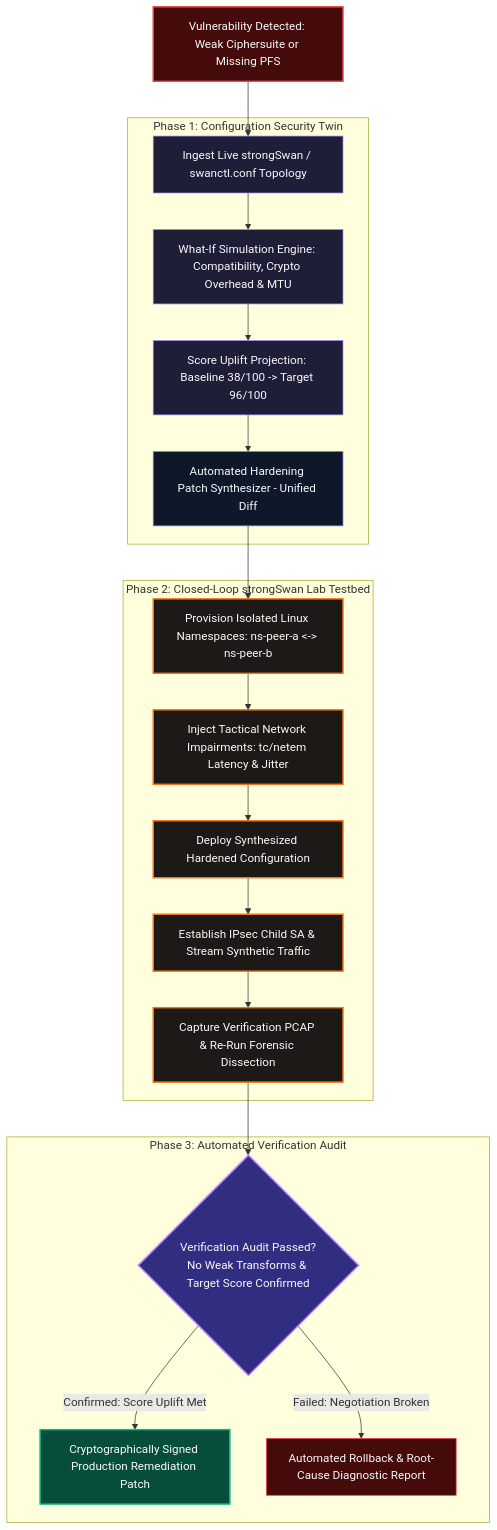
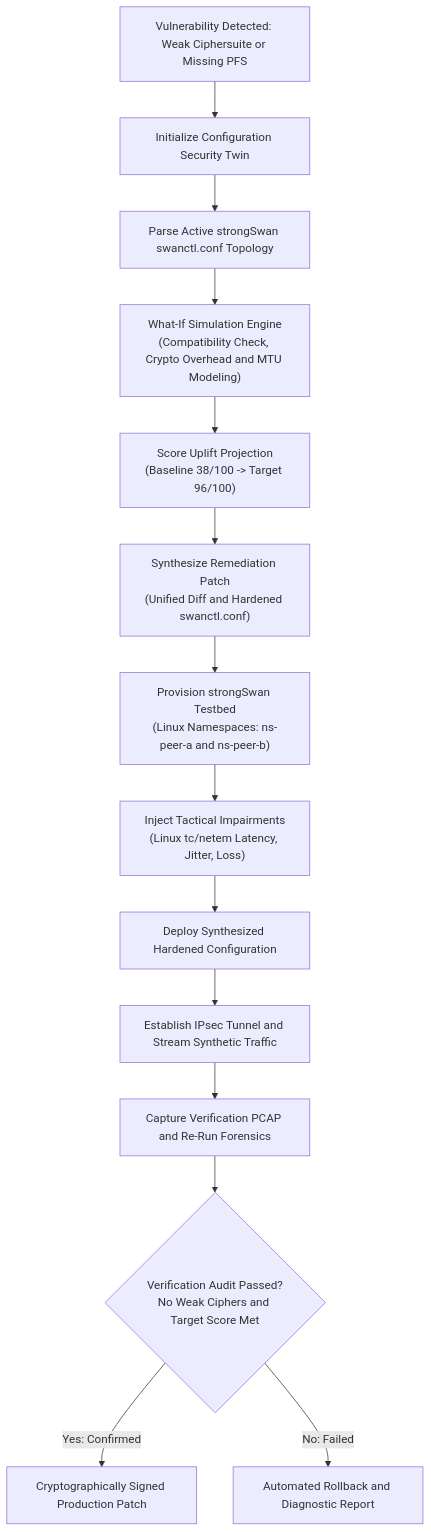
One commit to sharancode3/TunnelTrace-AI changed the fourth of 5 diagrams in README.md. Above: the diagram before and after it, drawn with Mermaid. The commit also changed other lines of this file, not shown here.

Commit message:
docs: standardize all README diagrams to clean uncolored monochrome Mermaid syntax matching system architecture reference

````diff
--- a/README.md
+++ b/README.md
@@ -238,49 +163,19 @@
 ```mermaid
 graph TD
-    classDef finding fill:#450a0a,stroke:#ef4444,stroke-width:2px,color:#f8fafc;
-    classDef twin fill:#1e1e38,stroke:#a78bfa,stroke-width:1px,color:#f8fafc;
-    classDef synth fill:#0f172a,stroke:#818cf8,stroke-width:1px,color:#f8fafc;
-    classDef lab fill:#1c1917,stroke:#f97316,stroke-width:2px,color:#f8fafc;
-    classDef verify fill:#312e81,stroke:#c084fc,stroke-width:2px,color:#f8fafc;
-    classDef passed fill:#064e3b,stroke:#10b981,stroke-width:2px,color:#f8fafc;
-    classDef failed fill:#450a0a,stroke:#f43f5e,stroke-width:1px,color:#f8fafc;
+    VULN["Vulnerability Detected: Weak Ciphersuite or Missing PFS"] --> TWIN_INIT["Initialize Configuration Security Twin"]
+    TWIN_INIT --> PARSE_CONF["Parse Active strongSwan swanctl.conf Topology"]
+    
+    PARSE_CONF --> SIMULATE["What-If Simulation Engine<br/>(Compatibility Check, Crypto Overhead and MTU Modeling)"]
+    SIMULATE --> PROJECTION["Score Uplift Projection<br/>(Baseline 38/100 -> Target 96/100)"]
+    PROJECTION --> PATCH_GEN["Synthesize Remediation Patch<br/>(Unified Diff and Hardened swanctl.conf)"]
 
-    VULN[Vulnerability Detected: Weak Ciphersuite or Missing PFS]:::finding
+    PATCH_GEN --> LAB_PROVISION["Provision strongSwan Testbed<br/>(Linux Namespaces: ns-peer-a and ns-peer-b)"]
+    LAB_PROVISION --> NETEM_INJECT["Inject Tactical Impairments<br/>(Linux tc/netem Latency, Jitter, Loss)"]
+    NETEM_INJECT --> APPLY_CONFIG["Deploy Synthesized Hardened Configuration"]
+    APPLY_CONFIG --> TRAFFIC_RUN["Establish IPsec Tunnel and Stream Synthetic Traffic"]
+    TRAFFIC_RUN --> RE_CAPTURE["Capture Verification PCAP and Re-Run Forensics"]
 
-    subgraph Simulation_Twin [Phase 1: Configuration Security Twin]
-        CONF_INGEST[Ingest Live strongSwan / swanctl.conf Topology]:::twin
-        WHATIF[What-If Simulation Engine: Compatibility, Crypto Overhead & MTU]:::twin
-        PROJECTION[Score Uplift Projection: Baseline 38/100 -> Target 96/100]:::twin
-        PATCH_GEN[Automated Hardening Patch Synthesizer - Unified Diff]:::synth
-
-        CONF_INGEST --> WHATIF
-        WHATIF --> PROJECTION
-        PROJECTION --> PATCH_GEN
-    end
-
-    subgraph Verification_Lab [Phase 2: Closed-Loop strongSwan Lab Testbed]
-        NS_SETUP[Provision Isolated Linux Namespaces: ns-peer-a <-> ns-peer-b]:::lab
-        NETEM_INJECT[Inject Tactical Network Impairments: tc/netem Latency & Jitter]:::lab
-        APPLY_CONFIG[Deploy Synthesized Hardened Configuration]:::lab
-        TRAFFIC_RUN[Establish IPsec Child SA & Stream Synthetic Traffic]:::lab
-        RE_CAPTURE[Capture Verification PCAP & Re-Run Forensic Dissection]:::lab
-
-        NS_SETUP --> NETEM_INJECT
-        NETEM_INJECT --> APPLY_CONFIG
-        APPLY_CONFIG --> TRAFFIC_RUN
-        TRAFFIC_RUN --> RE_CAPTURE
-    end
-
-    subgraph Decision_Gate [Phase 3: Automated Verification Audit]
-        GATE{Verification Audit Passed?<br/>No Weak Transforms & Target Score Confirmed}:::verify
-        PROD_PATCH[Cryptographically Signed Production Remediation Patch]:::passed
-        ROLLBACK[Automated Rollback & Root-Cause Diagnostic Report]:::failed
-    end
-
-    VULN --> CONF_INGEST
-    PATCH_GEN --> NS_SETUP
-    RE_CAPTURE --> GATE
-
-    GATE -->|Confirmed: Score Uplift Met| PROD_PATCH
-    GATE -->|Failed: Negotiation Broken| ROLLBACK
+    RE_CAPTURE --> AUDIT_GATE{"Verification Audit Passed?<br/>No Weak Ciphers and Target Score Met"}
+    AUDIT_GATE -->|"Yes: Confirmed"| PROD_PATCH["Cryptographically Signed Production Patch"]
+    AUDIT_GATE -->|"No: Failed"| ROLLBACK["Automated Rollback and Diagnostic Report"]
 ```
````
